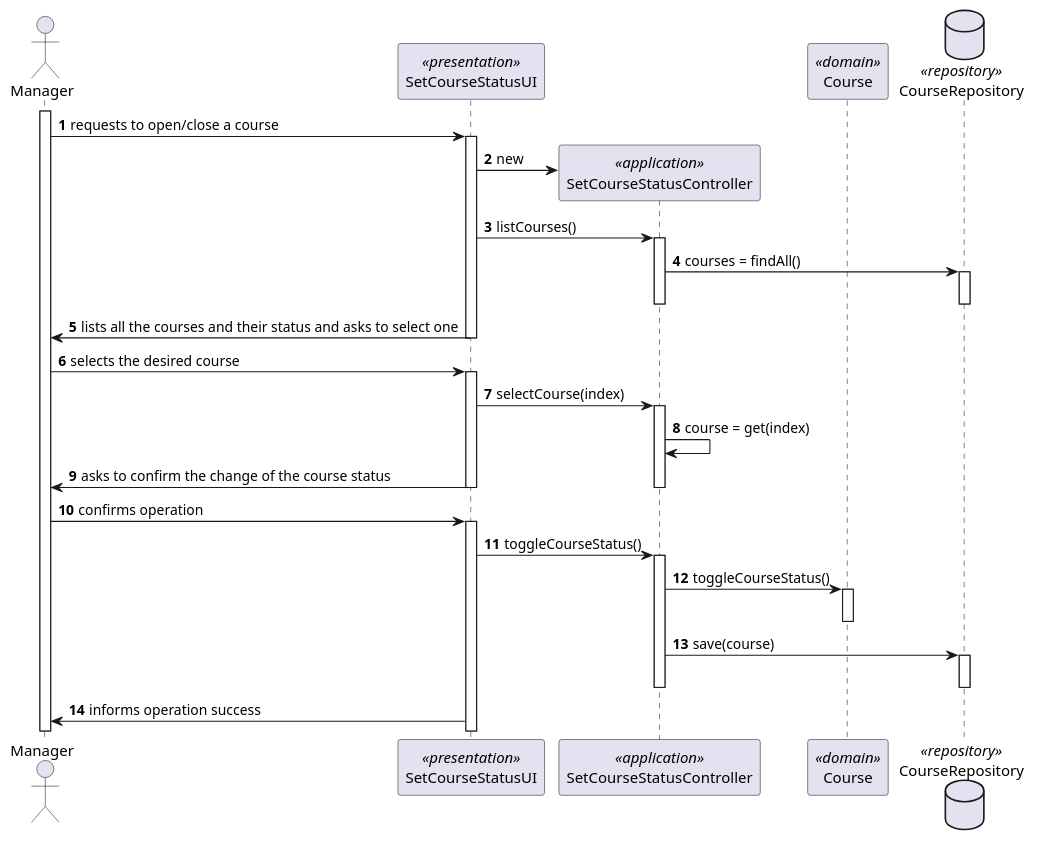
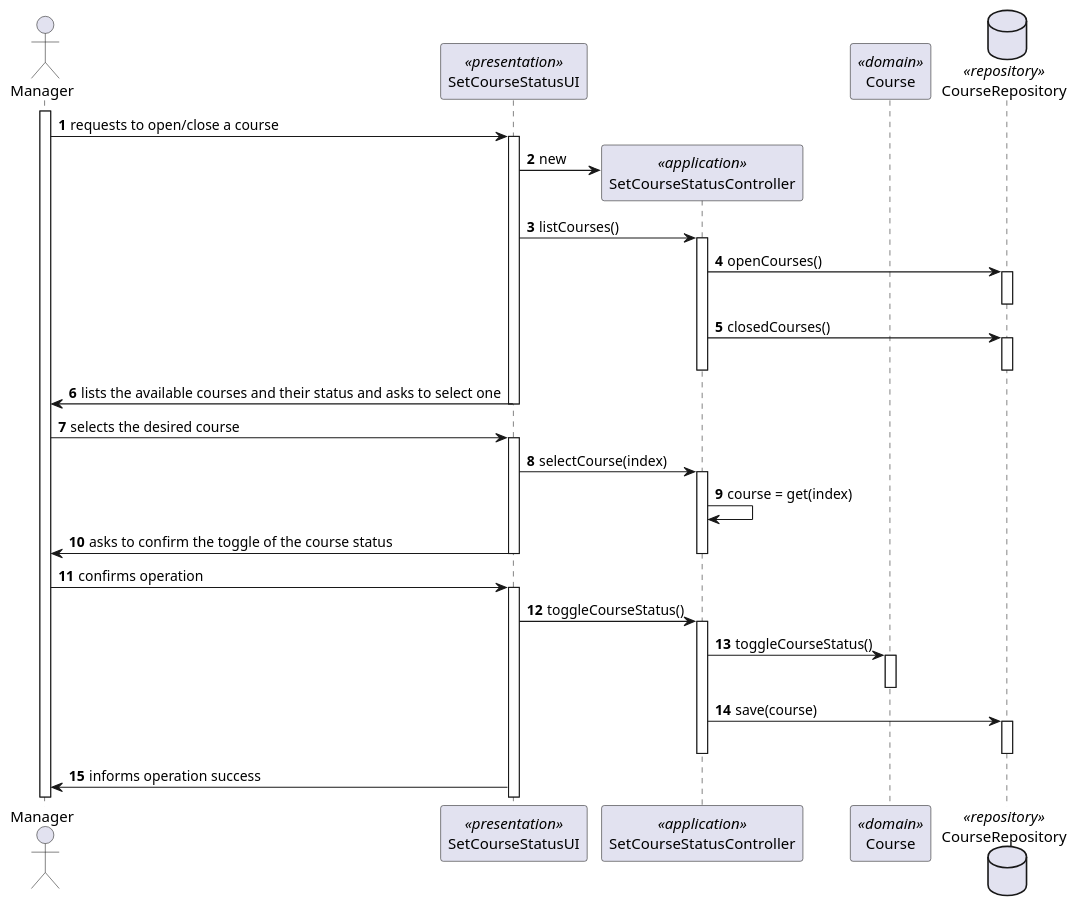
One commit to miseEnPlace-dev/lapr4 changed the diagram in docs/sprint-b/us10-1004/US1004_SD.puml. Above: the diagram before and after it, drawn with PlantUML. The commit also changed 1 other file, not shown here.

```diff
--- a/docs/sprint-b/us10-1004/US1004_SD.puml
+++ b/docs/sprint-b/us10-1004/US1004_SD.puml
@@ -1,72 +1,79 @@
 @startuml US1004_SD
 autonumber
 
 actor "Manager" as M
 
 participant "SetCourseStatusUI" as UI <<presentation>>
 participant "SetCourseStatusController" as CTRL <<application>>
 participant "Course" as C <<domain>>
 
 database CourseRepository as REPO <<repository>>
 
 
 activate M
 
 M -> UI: requests to open/close a course
 
 activate UI
 
 UI -> CTRL**: new
+
 UI -> CTRL: listCourses()
 
 activate CTRL
 
-CTRL -> REPO: courses = findAll()
+CTRL -> REPO: openCourses()
 
 activate REPO
+deactivate REPO
 
+
+CTRL -> REPO: closedCourses()
+
+activate REPO
 deactivate REPO
+
 deactivate CTRL
 
-UI -> M: lists all the courses and their status and asks to select one
+UI -> M: lists the available courses and their status and asks to select one
 
 deactivate UI
 
 M -> UI: selects the desired course
 
 activate UI
 
 UI -> CTRL: selectCourse(index)
 
 activate CTRL
 
 CTRL -> CTRL: course = get(index)
-UI -> M: asks to confirm the change of the course status
+UI -> M: asks to confirm the toggle of the course status
 
 deactivate CTRL
 deactivate UI
 
 M -> UI: confirms operation
 
 activate UI
 
 UI -> CTRL: toggleCourseStatus()
 
 activate CTRL
 
 CTRL -> C: toggleCourseStatus()
 
 activate C
 
 deactivate C
 
 CTRL -> REPO: save(course)
 
 activate REPO
 
 deactivate REPO
 deactivate CTRL
 
 UI -> M: informs operation success
 
 @enduml
```
